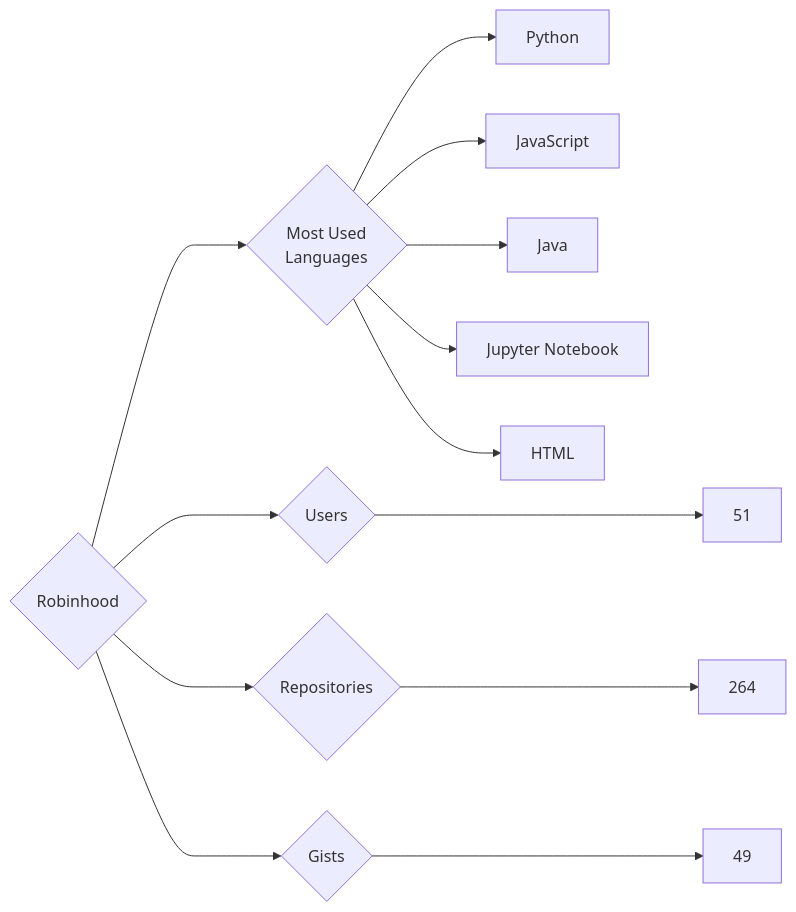
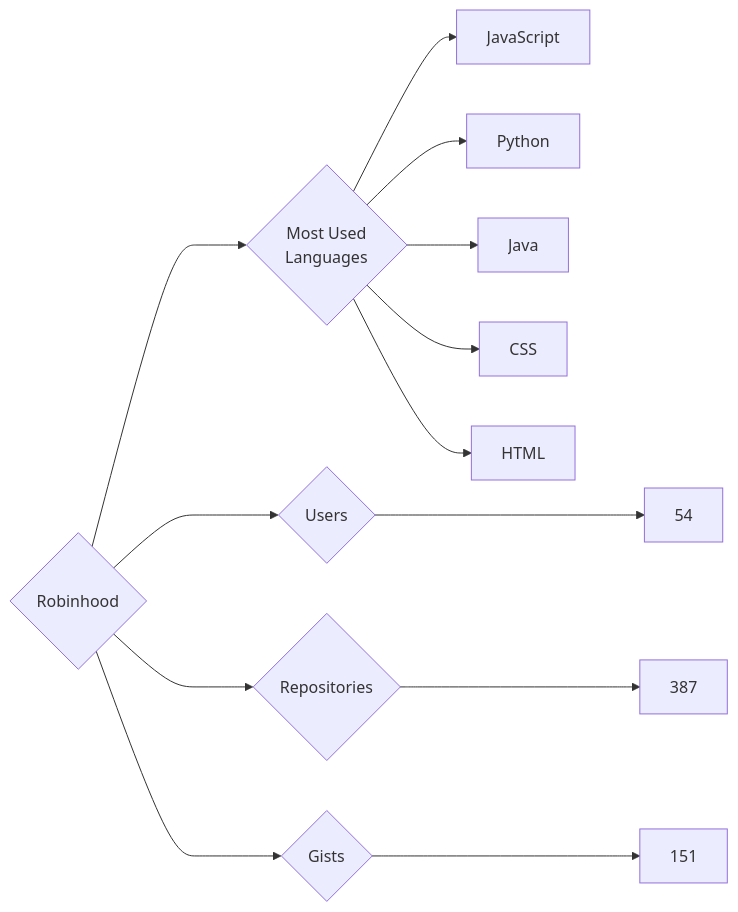
One commit to trickest/insiders changed the diagram in targets/Robinhood/README.md. Above: the diagram before and after it, drawn with Mermaid. The commit also changed 748 other files, not shown here.

````diff
--- a/targets/Robinhood/README.md
+++ b/targets/Robinhood/README.md
@@ -3,13 +3,13 @@
 ```mermaid
 graph LR
 COMPANY_NAME{Robinhood}
-COMPANY_NAME ---> U{Users} ---> UN[51]
-COMPANY_NAME ---> R{Repositories} ---> RN[264]
-COMPANY_NAME ---> G{Gists} ---> GN[49]
+COMPANY_NAME ---> U{Users} ---> UN[54]
+COMPANY_NAME ---> R{Repositories} ---> RN[387]
+COMPANY_NAME ---> G{Gists} ---> GN[151]
 COMPANY_NAME ---> ML{Most Used<br>Languages}
+ML --> JavaScript[JavaScript]
 ML --> Python[Python]
-ML --> JavaScript[JavaScript]
 ML --> Java[Java]
-ML --> Jupyter_Notebook[Jupyter Notebook]
+ML --> CSS[CSS]
 ML --> HTML[HTML]
 ```
````
